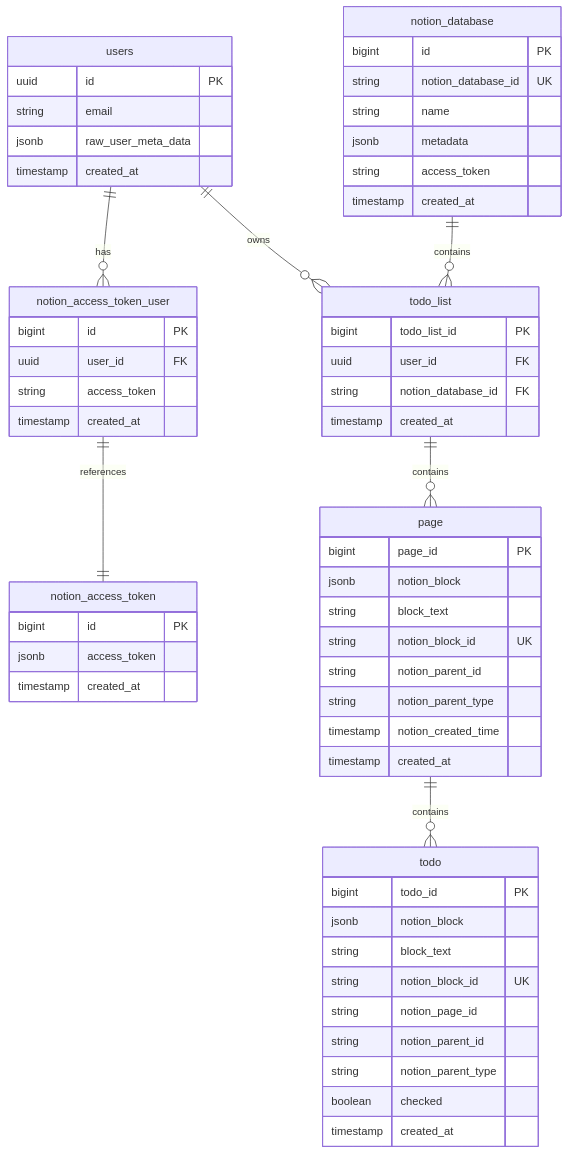
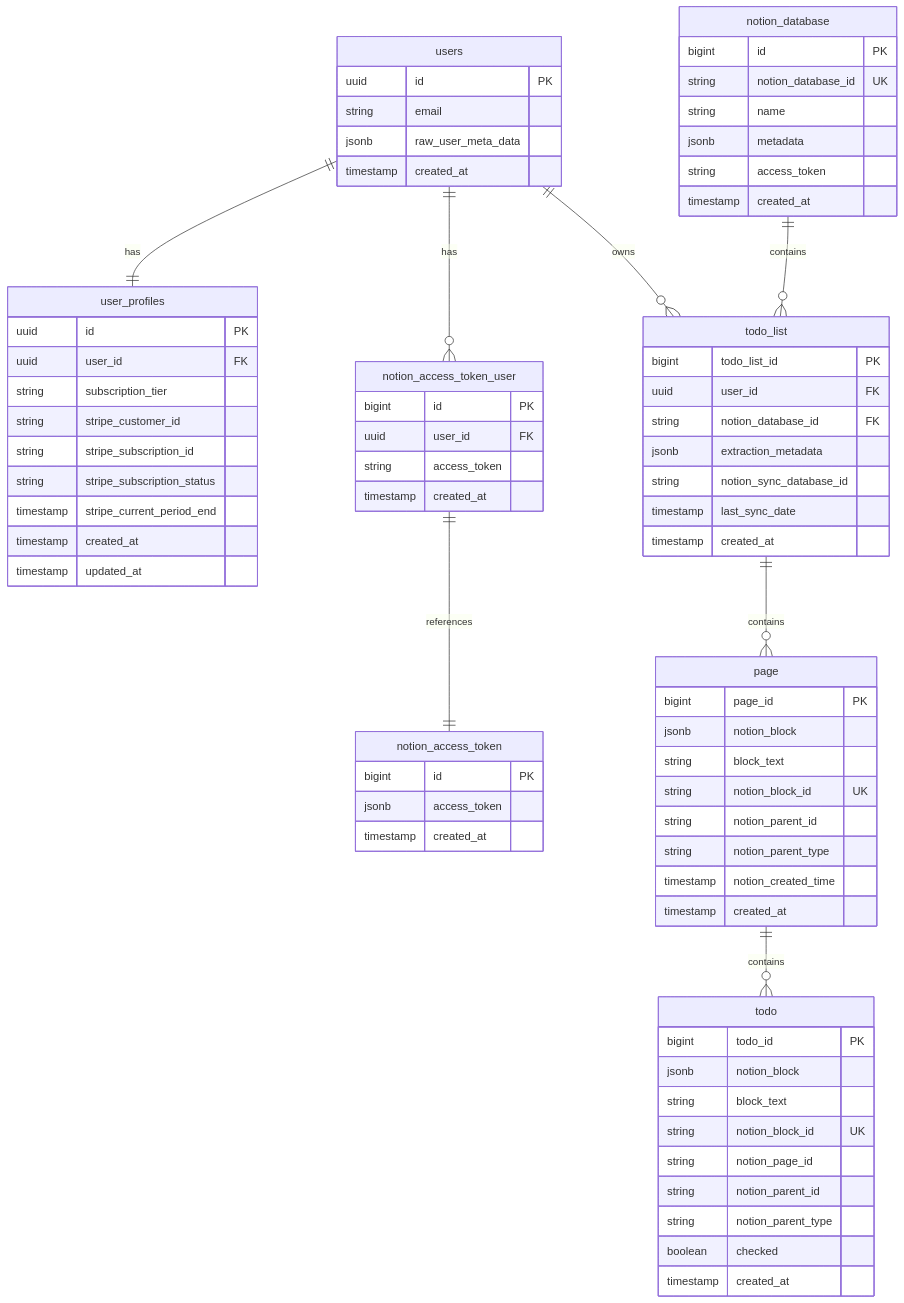
Before and after one commit to mannyyang/checkify.so-nuxt: the diagram in .claude/technical/database-schema.md, drawn with Mermaid. The commit also changed other lines of this file and 20 other files, not shown here.

````diff
--- a/.claude/technical/database-schema.md
+++ b/.claude/technical/database-schema.md
@@ -14,5 +14,6 @@
 ```mermaid
 erDiagram
+    users ||--|| user_profiles : has
     users ||--o{ notion_access_token_user : has
     users ||--o{ todo_list : owns
     notion_access_token_user ||--|| notion_access_token : references
@@ -25,6 +26,18 @@
         string email
         jsonb raw_user_meta_data
         timestamp created_at
+    }
+    
+    user_profiles {
+        uuid id PK
+        uuid user_id FK
+        string subscription_tier
+        string stripe_customer_id
+        string stripe_subscription_id
+        string stripe_subscription_status
+        timestamp stripe_current_period_end
+        timestamp created_at
+        timestamp updated_at
     }
     
     notion_access_token {
@@ -53,6 +66,9 @@
         bigint todo_list_id PK
         uuid user_id FK
         string notion_database_id FK
+        jsonb extraction_metadata
+        string notion_sync_database_id
+        timestamp last_sync_date
         timestamp created_at
     }
     
````
